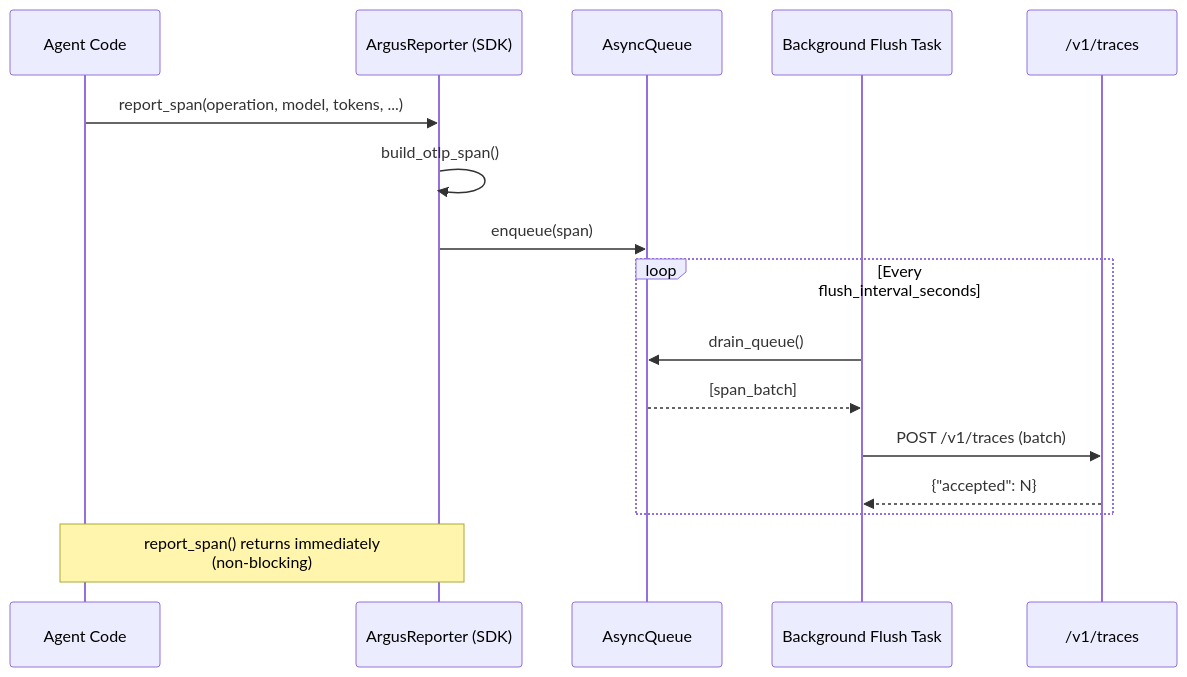
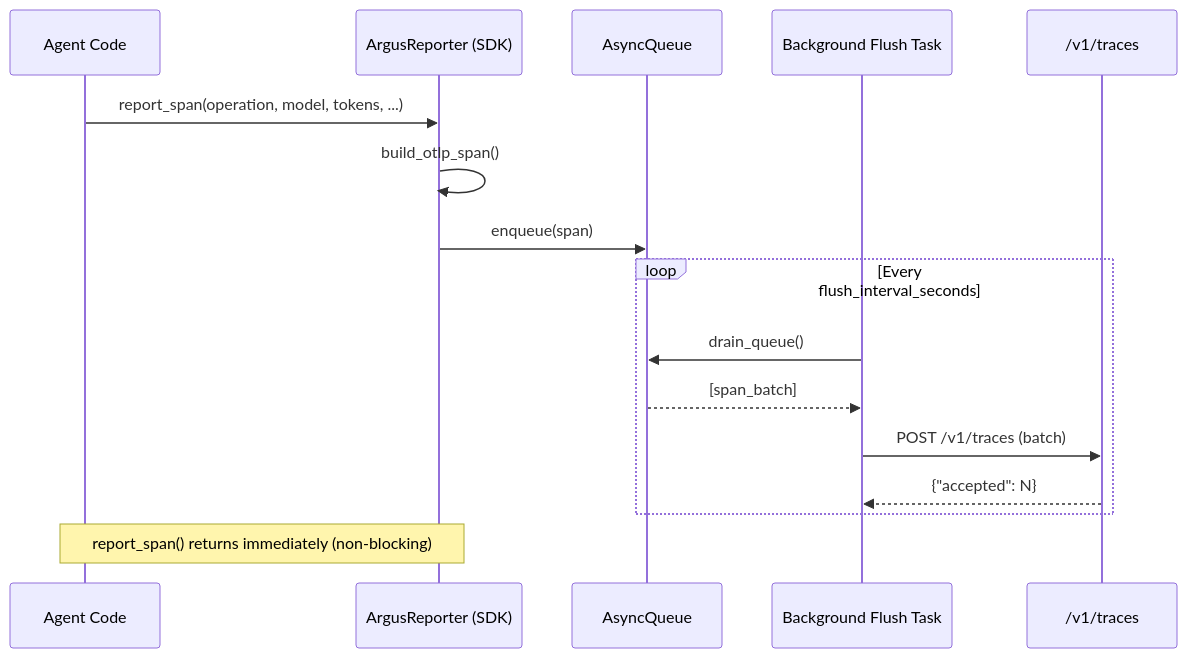
One commit to aj-geddes/argus-panoptes changed the fourth of 6 diagrams in docs/architecture.md. Above: the diagram before and after it, drawn with Mermaid. The commit also changed other lines of this file and 1 other file, not shown here.

First line of the commit message:
fix(docs): convert mermaid code blocks to HTML divs for rendering

````diff
--- a/docs/architecture.md
+++ b/docs/architecture.md
@@ -153,21 +153,21 @@
-```mermaid
+<div class="mermaid">
 sequenceDiagram
     participant AG as Agent Code
     participant SDK as ArgusReporter (SDK)
     participant Q  as AsyncQueue
     participant BG as Background Flush Task
     participant AP as /v1/traces
 
     AG->>SDK: report_span(operation, model, tokens, ...)
     SDK->>SDK: build_otlp_span()
     SDK->>Q: enqueue(span)
 
     loop Every flush_interval_seconds
         BG->>Q: drain_queue()
         Q-->>BG: [span_batch]
         BG->>AP: POST /v1/traces (batch)
         AP-->>BG: {"accepted": N}
     end
 
-    Note over AG,SDK: report_span() returns immediately<br/>(non-blocking)
-```
+    Note over AG,SDK: report_span() returns immediately (non-blocking)
+</div>
````
